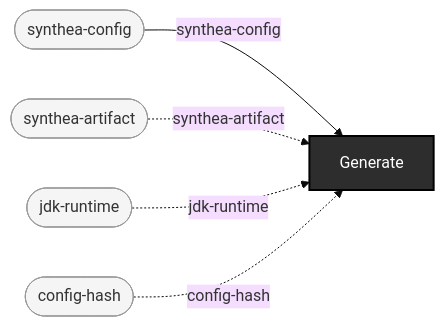
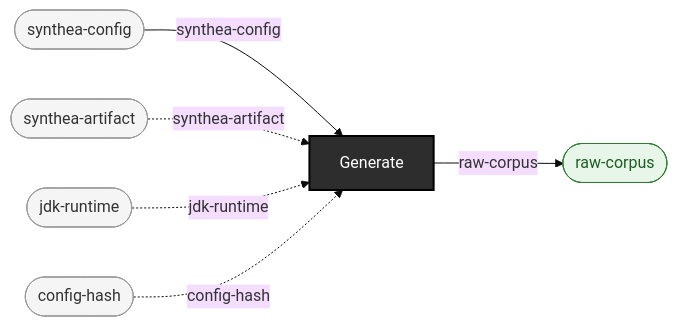
The diagram in docs/use-cases/reproduction-packages.md (pragsmike/ehr-testing-tools), drawn with Mermaid (base theme) before and after one commit. The commit also changed 21 other files, not shown here.

First line of the commit message:
docs: regenerate use-case pages and pipeline diagram with result nodes (mechanical, zero hand edits)

````diff
--- a/docs/use-cases/reproduction-packages.md
+++ b/docs/use-cases/reproduction-packages.md
@@ -45,30 +45,37 @@
 ```mermaid
 flowchart LR
 
     %% --- Source types (raw inputs, not produced by any operation) ---
     config_hash(["config-hash"])
     jdk_runtime(["jdk-runtime"])
     synthea_artifact(["synthea-artifact"])
     synthea_config(["synthea-config"])
 
     %% --- Operations (boxes; spiders use distinct shapes) ---
     Generate["Generate"]
 
+    %% --- Result types (terminal outputs) ---
+    raw_corpus_out(["raw-corpus"])
+
     %% --- Wires (typed connections) ---
     %% Arrow 1: Generate
     synthea_config -- synthea-config --> Generate
     synthea_artifact -. synthea-artifact .-> Generate
     jdk_runtime -. jdk-runtime .-> Generate
     config_hash -. config-hash .-> Generate
+    Generate -- "raw-corpus" --> raw_corpus_out
 
     %% --- Styling ---
 
     %% Operations: dark boxes (fan=blue, funnel=green, enrichment=outlined, gate=purple, external=dashed)
     style Generate fill:#2d2d2d,stroke:#000,color:#fff,stroke-width:2px
 
     %% Source types: light rounded
     style config_hash fill:#f5f5f5,stroke:#999,color:#333
     style jdk_runtime fill:#f5f5f5,stroke:#999,color:#333
     style synthea_artifact fill:#f5f5f5,stroke:#999,color:#333
     style synthea_config fill:#f5f5f5,stroke:#999,color:#333
+
+    %% Result types (terminal outputs): green rounded
+    style raw_corpus_out fill:#e8f5e9,stroke:#2e7d32,color:#1b5e20
 ```
````
